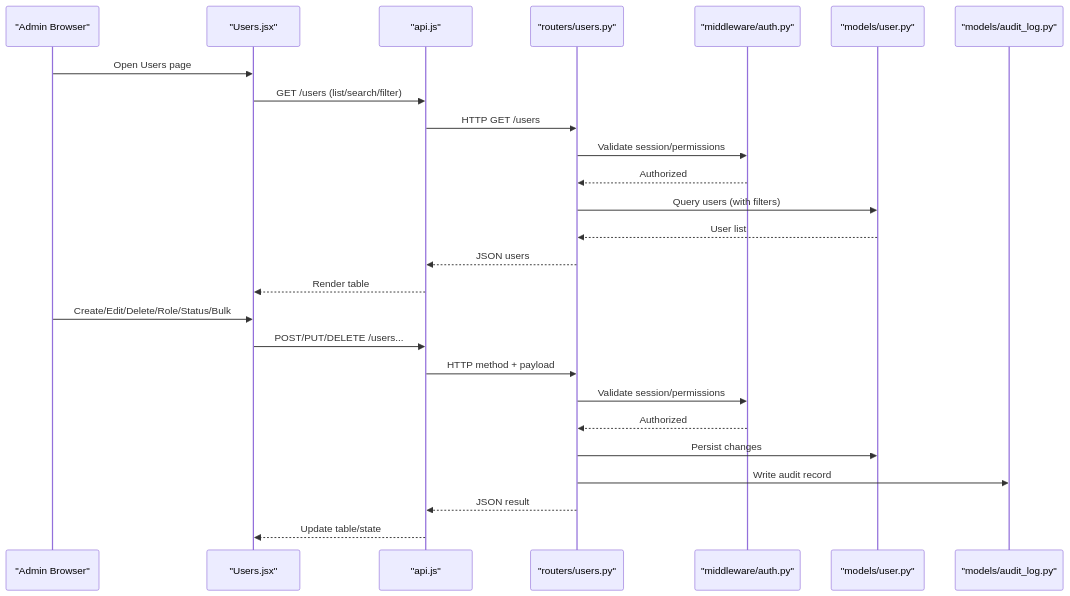
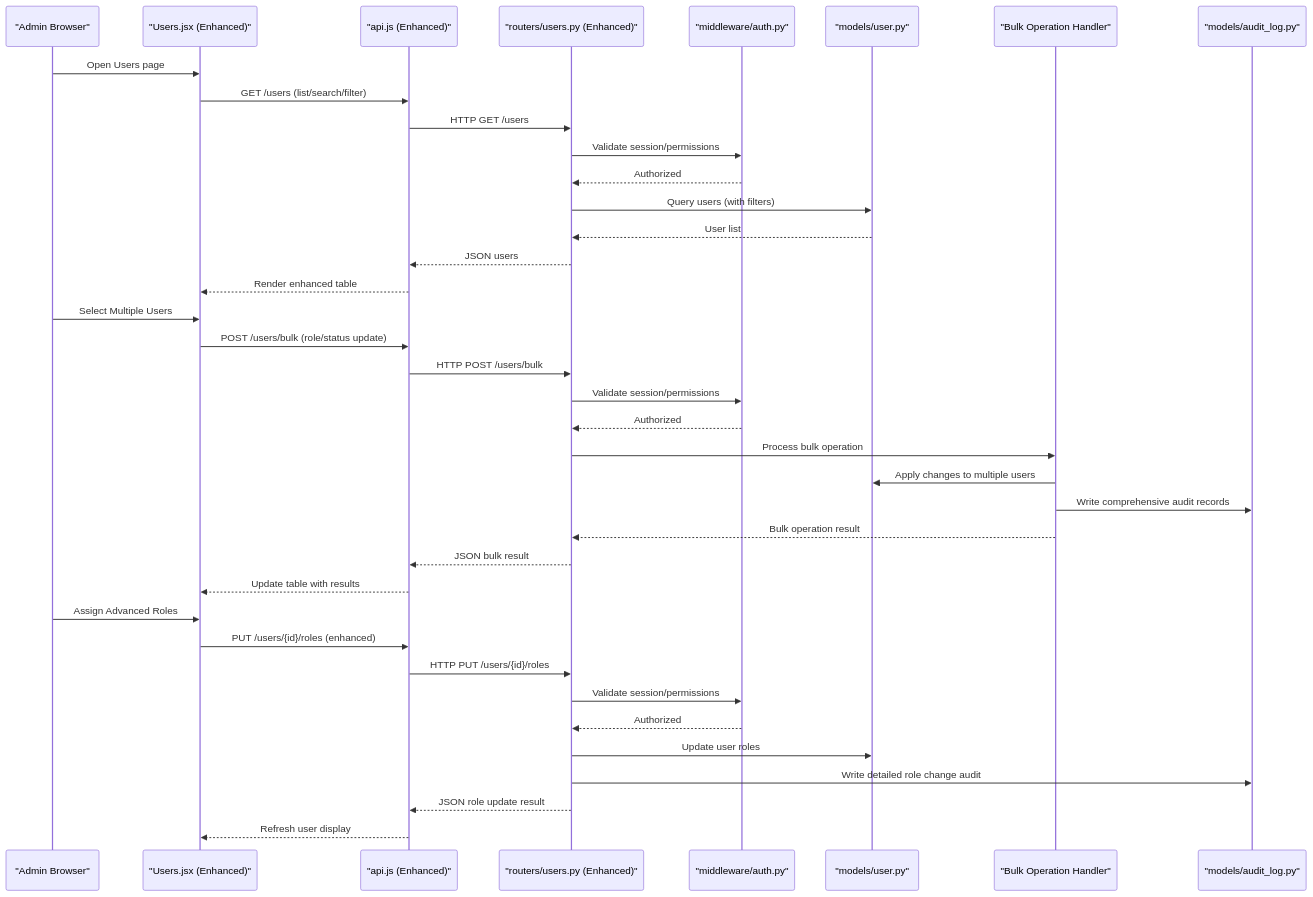
Before and after one commit to 14Lucifer/hackathon_ecs_creator: the second of 6 diagrams in .qoder/repowiki/en/content/Frontend Development/Page Components & Routing/User Management Interface.md, drawn with Mermaid. The commit also changed other lines of this file and 120 other files, not shown here.

````diff
--- a/.qoder/repowiki/en/content/Frontend Development/Page Components & Routing/User Management Interface.md
+++ b/.qoder/repowiki/en/content/Frontend Development/Page Components & Routing/User Management Interface.md
@@ -108,28 +126,40 @@
 ```mermaid
 sequenceDiagram
 participant Admin as "Admin Browser"
-participant UI as "Users.jsx"
-participant Client as "api.js"
-participant Router as "routers/users.py"
+participant UI as "Users.jsx (Enhanced)"
+participant Client as "api.js (Enhanced)"
+participant Router as "routers/users.py (Enhanced)"
 participant Auth as "middleware/auth.py"
 participant Model as "models/user.py"
+participant BulkHandler as "Bulk Operation Handler"
 participant Audit as "models/audit_log.py"
 Admin->>UI : Open Users page
 UI->>Client : GET /users (list/search/filter)
 Client->>Router : HTTP GET /users
 Router->>Auth : Validate session/permissions
 Auth-->>Router : Authorized
 Router->>Model : Query users (with filters)
 Model-->>Router : User list
 Router-->>Client : JSON users
-Client-->>UI : Render table
-Admin->>UI : Create/Edit/Delete/Role/Status/Bulk
-UI->>Client : POST/PUT/DELETE /users...
-Client->>Router : HTTP method + payload
+Client-->>UI : Render enhanced table
+Admin->>UI : Select Multiple Users
+UI->>Client : POST /users/bulk (role/status update)
+Client->>Router : HTTP POST /users/bulk
 Router->>Auth : Validate session/permissions
 Auth-->>Router : Authorized
-Router->>Model : Persist changes
-Router->>Audit : Write audit record
-Router-->>Client : JSON result
-Client-->>UI : Update table/state
+Router->>BulkHandler : Process bulk operation
+BulkHandler->>Model : Apply changes to multiple users
+BulkHandler->>Audit : Write comprehensive audit records
+BulkHandler-->>Router : Bulk operation result
+Router-->>Client : JSON bulk result
+Client-->>UI : Update table with results
+Admin->>UI : Assign Advanced Roles
+UI->>Client : PUT /users/{id}/roles (enhanced)
+Client->>Router : HTTP PUT /users/{id}/roles
+Router->>Auth : Validate session/permissions
+Auth-->>Router : Authorized
+Router->>Model : Update user roles
+Router->>Audit : Write detailed role change audit
+Router-->>Client : JSON role update result
+Client-->>UI : Refresh user display
 ```
````
